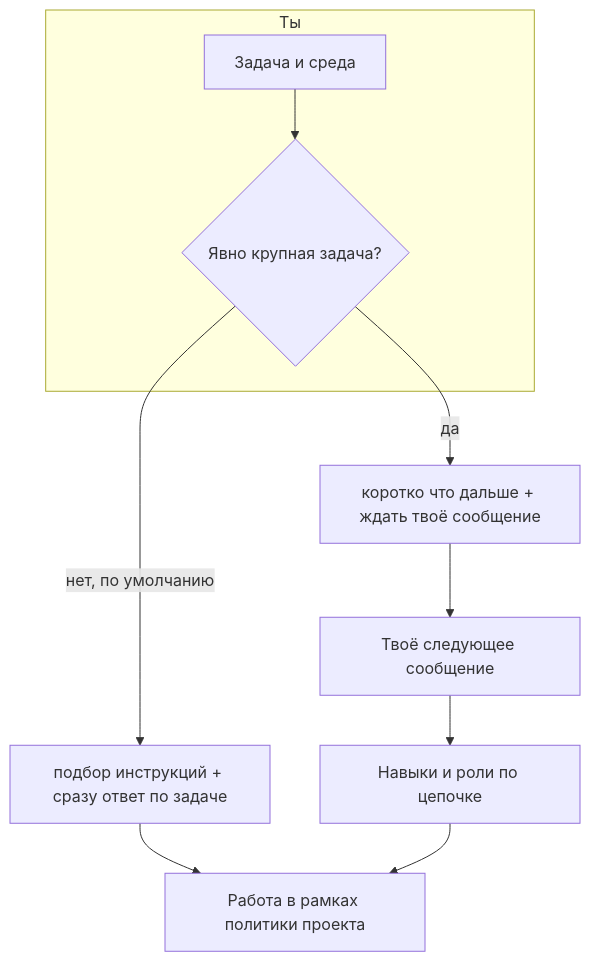
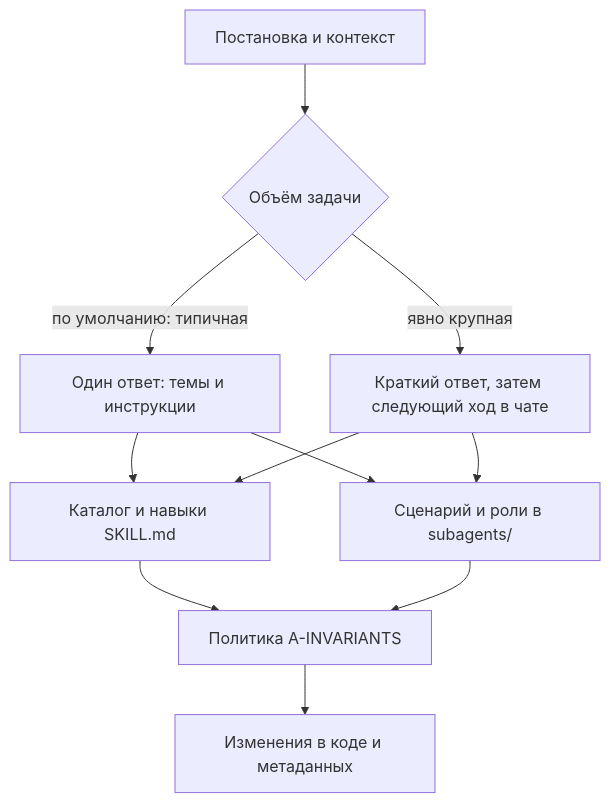
Before and after one commit to Mempemp/Pauk_1C: the diagram in README.md, drawn with Mermaid. The commit also changed other lines of this file and 9 other files, not shown here.

````diff
--- a/README.md
+++ b/README.md
@@ -23,15 +28,13 @@
 ```mermaid
-flowchart TD
-  subgraph you["Ты"]
-    T[Задача и среда]
-    B{Явно крупная задача?}
-    T --> B
-  end
-
-  B -->|нет, по умолчанию| R1[подбор инструкций + сразу ответ по задаче]
-  B -->|да| R2[коротко что дальше + ждать твоё сообщение]
-  R2 --> N[Твоё следующее сообщение]
-  N --> W[Навыки и роли по цепочке]
-  R1 --> X[Работа в рамках политики проекта]
-  W --> X
+flowchart TB
+  A[Постановка и контекст] --> S{Объём задачи}
+  S -->|по умолчанию: типичная| T1[Один ответ: темы и инструкции]
+  S -->|явно крупная| T2[Краткий ответ, затем следующий ход в чате]
+  T1 --> C[Каталог и навыки SKILL.md]
+  T2 --> C
+  T1 --> W[Сценарий и роли в subagents/]
+  T2 --> W
+  C --> P[Политика A-INVARIANTS]
+  W --> P
+  P --> E[Изменения в коде и метаданных]
 ```
````
